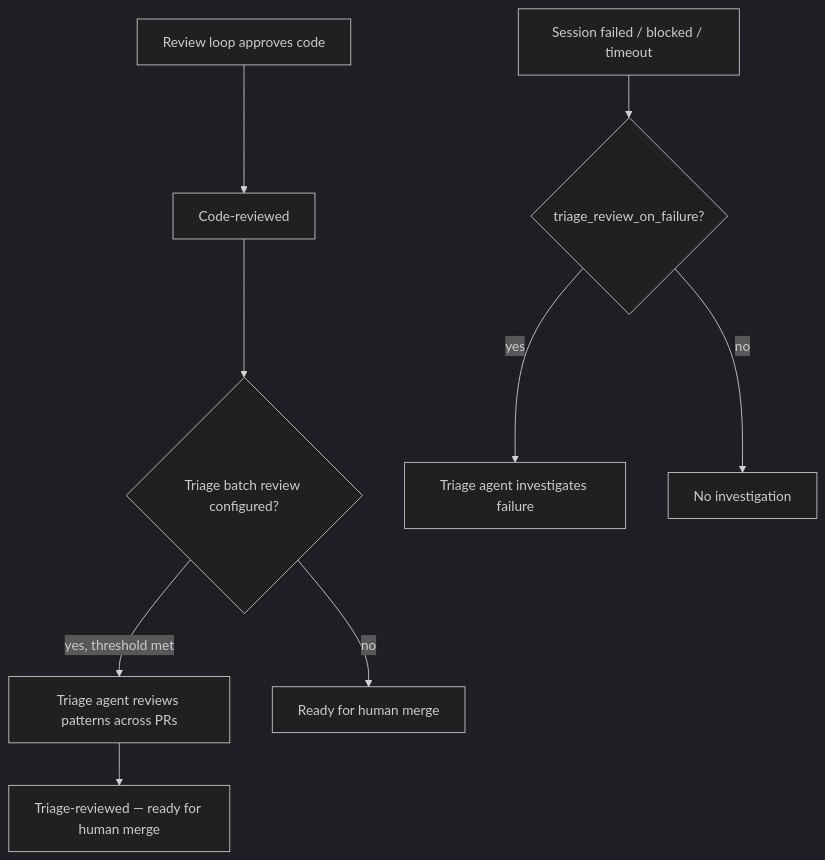
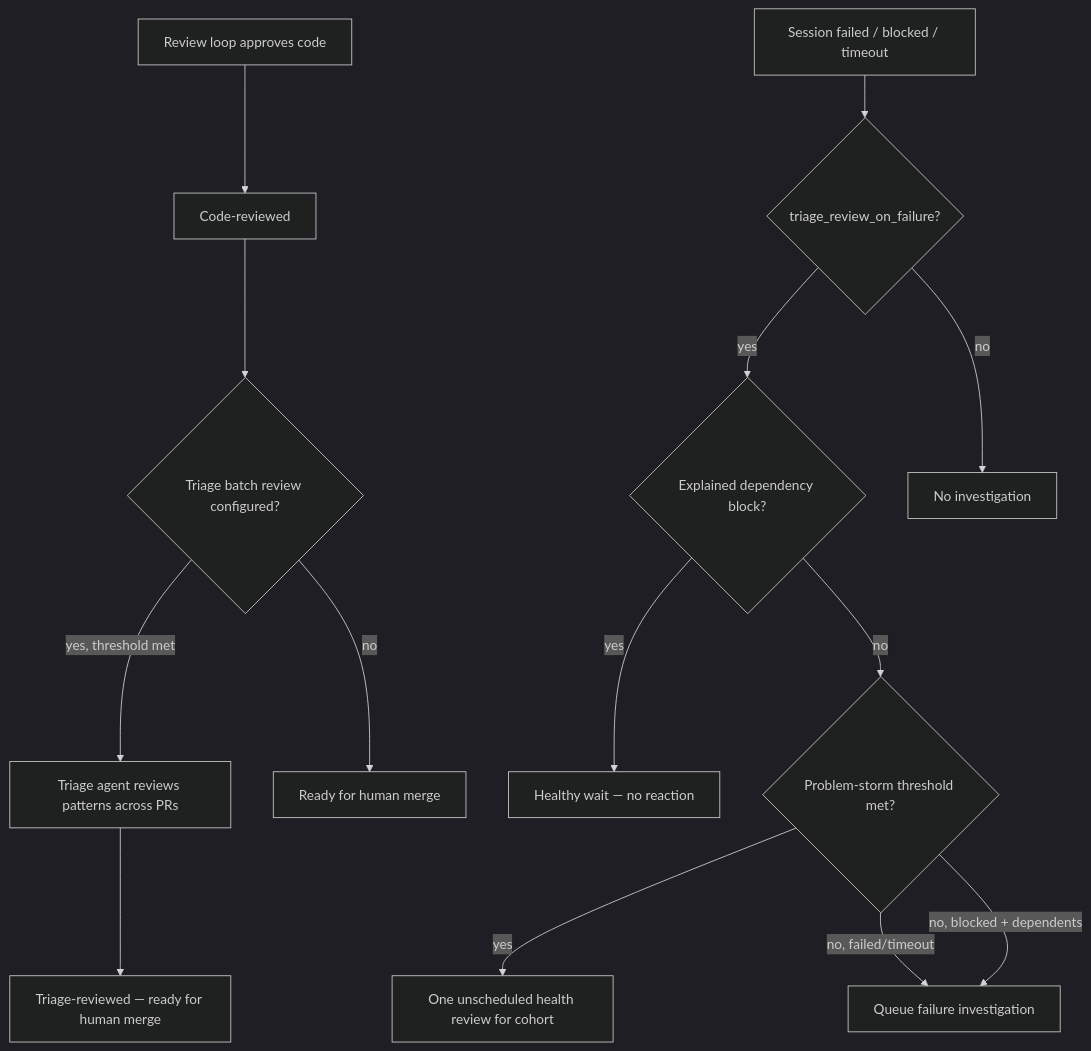
Before and after one commit to issue-orchestrator/issue-orchestrator: the fourth of 5 diagrams in docs/development/REVIEW_WORKFLOW.md, drawn with Mermaid (dark theme). The commit also changed other lines of this file and 29 other files, not shown here.

````diff
--- a/docs/development/REVIEW_WORKFLOW.md
+++ b/docs/development/REVIEW_WORKFLOW.md
@@ -79,12 +79,17 @@
 ```mermaid
 flowchart TD
   LOOP["Review loop approves code"] --> CR["Code-reviewed"]
   CR --> TRIAGE{"Triage batch review configured?"}
   TRIAGE -->|yes, threshold met| TR["Triage agent reviews patterns across PRs"]
   TR --> DONE["Triage-reviewed — ready for human merge"]
   TRIAGE -->|no| DONE2["Ready for human merge"]
 
   FAIL["Session failed / blocked / timeout"] --> TFAIL{"triage_review_on_failure?"}
-  TFAIL -->|yes| INVEST["Triage agent investigates failure"]
+  TFAIL -->|yes| CLASSIFY{"Explained dependency block?"}
+  CLASSIFY -->|yes| WAIT["Healthy wait — no reaction"]
+  CLASSIFY -->|no| STORM{"Problem-storm threshold met?"}
+  STORM -->|yes| HEALTH["One unscheduled health review for cohort"]
+  STORM -->|no, failed/timeout| INVEST["Queue failure investigation"]
+  STORM -->|no, blocked + dependents| INVEST
   TFAIL -->|no| SKIP["No investigation"]
 ```
````
